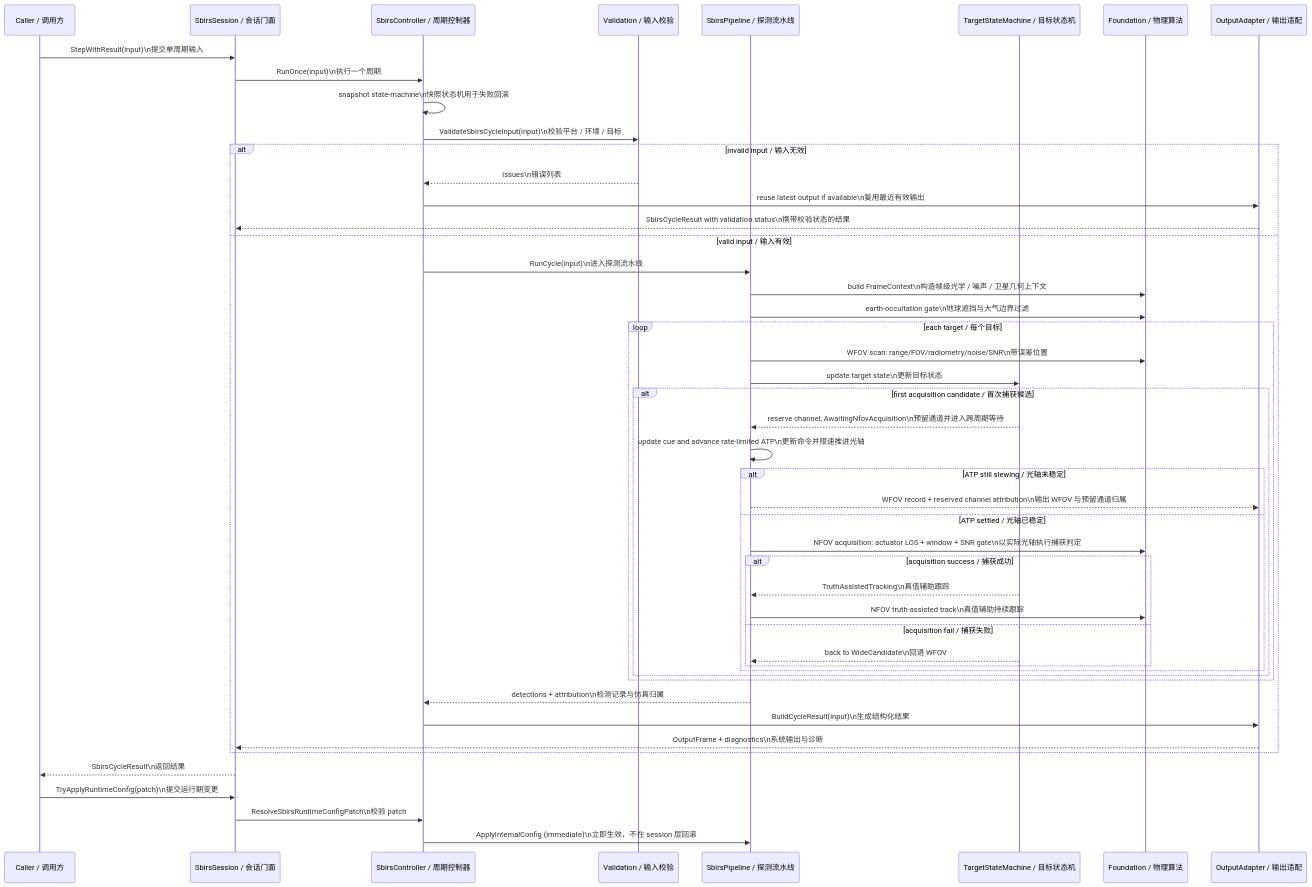
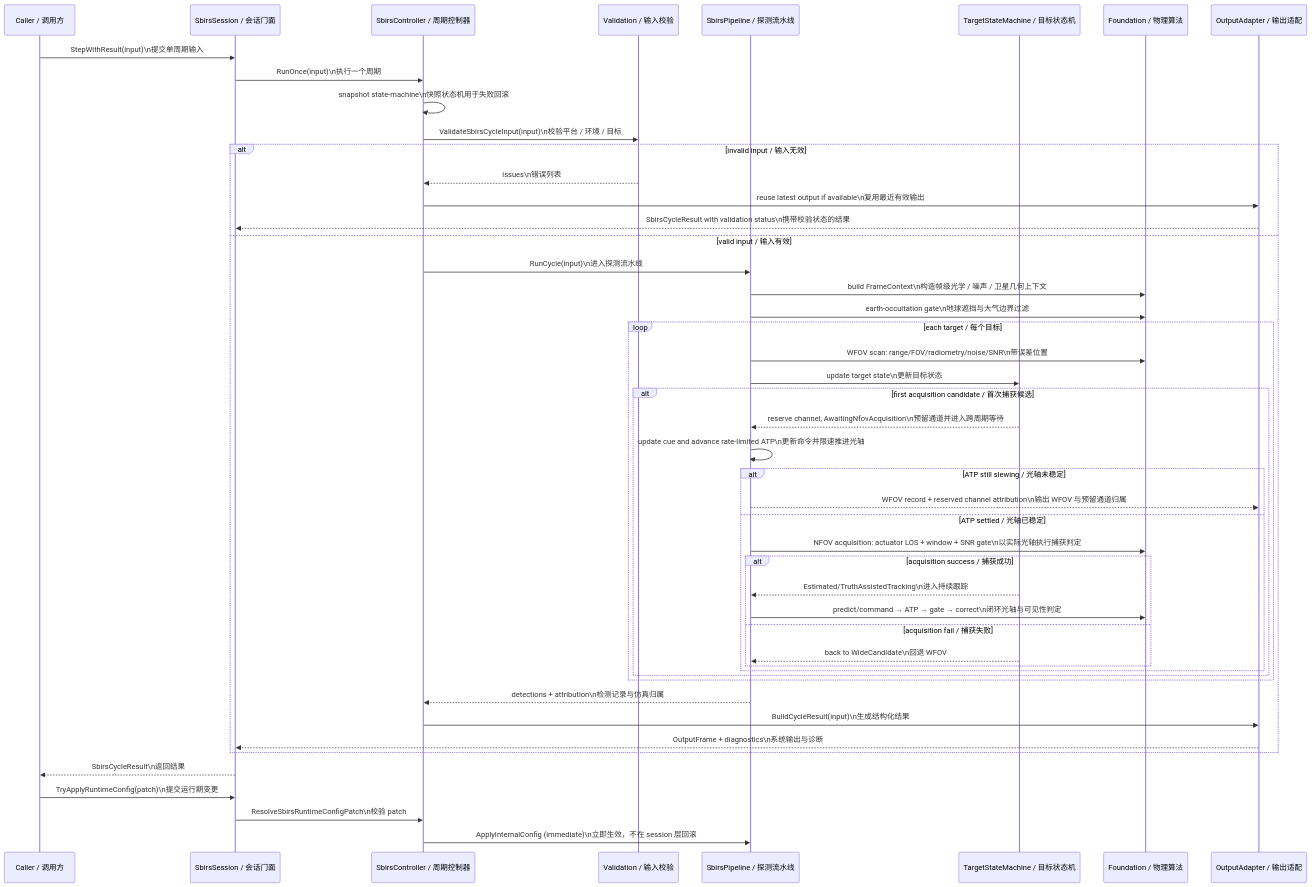
The second of 4 diagrams in docs/space_based_infrared_sensor/design.md (boilwater-3/1q), drawn with Mermaid before and after one commit. The commit also changed other lines of this file and 12 other files, not shown here.

````diff
--- a/docs/space_based_infrared_sensor/design.md
+++ b/docs/space_based_infrared_sensor/design.md
@@ -172,52 +172,52 @@
 ```mermaid
 sequenceDiagram
   participant Caller as Caller / 调用方
   participant Session as SbirsSession / 会话门面
   participant Controller as SbirsController / 周期控制器
   participant Validator as Validation / 输入校验
   participant Pipeline as SbirsPipeline / 探测流水线
   participant SM as TargetStateMachine / 目标状态机
   participant Physics as Foundation / 物理算法
   participant Output as OutputAdapter / 输出适配
 
   Caller->>Session: StepWithResult(input)\n提交单周期输入
   Session->>Controller: RunOnce(input)\n执行一个周期
   Controller->>Controller: snapshot state-machine\n快照状态机用于失败回滚
   Controller->>Validator: ValidateSbirsCycleInput(input)\n校验平台 / 环境 / 目标
   alt invalid input / 输入无效
     Validator-->>Controller: issues\n错误列表
     Controller->>Output: reuse latest output if available\n复用最近有效输出
     Output-->>Session: SbirsCycleResult with validation status\n携带校验状态的结果
   else valid input / 输入有效
     Controller->>Pipeline: RunCycle(input)\n进入探测流水线
     Pipeline->>Physics: build FrameContext\n构造帧级光学 / 噪声 / 卫星几何上下文
     Pipeline->>Physics: earth-occultation gate\n地球遮挡与大气边界过滤
     loop each target / 每个目标
       Pipeline->>Physics: WFOV scan: range/FOV/radiometry/noise/SNR\n带误差位置
       Pipeline->>SM: update target state\n更新目标状态
       alt first acquisition candidate / 首次捕获候选
         SM-->>Pipeline: reserve channel, AwaitingNfovAcquisition\n预留通道并进入跨周期等待
         Pipeline->>Pipeline: update cue and advance rate-limited ATP\n更新命令并限速推进光轴
         alt ATP still slewing / 光轴未稳定
           Pipeline-->>Output: WFOV record + reserved channel attribution\n输出 WFOV 与预留通道归属
         else ATP settled / 光轴已稳定
           Pipeline->>Physics: NFOV acquisition: actuator LOS + window + SNR gate\n以实际光轴执行捕获判定
         alt acquisition success / 捕获成功
-          SM-->>Pipeline: TruthAssistedTracking\n真值辅助跟踪
-          Pipeline->>Physics: NFOV truth-assisted track\n真值辅助持续跟踪
+          SM-->>Pipeline: Estimated/TruthAssistedTracking\n进入持续跟踪
+          Pipeline->>Physics: predict/command → ATP → gate → correct\n闭环光轴与可见性判定
         else acquisition fail / 捕获失败
           SM-->>Pipeline: back to WideCandidate\n回退 WFOV
         end
         end
       end
     end
     Pipeline-->>Controller: detections + attribution\n检测记录与仿真归属
     Controller->>Output: BuildCycleResult(input)\n生成结构化结果
     Output-->>Session: OutputFrame + diagnostics\n系统输出与诊断
   end
   Session-->>Caller: SbirsCycleResult\n返回结果
 
   Caller->>Session: TryApplyRuntimeConfig(patch)\n提交运行期变更
   Session->>Controller: ResolveSbirsRuntimeConfigPatch\n校验 patch
   Controller->>Pipeline: ApplyInternalConfig (immediate)\n立即生效，不在 session 层回滚
 ```
````
